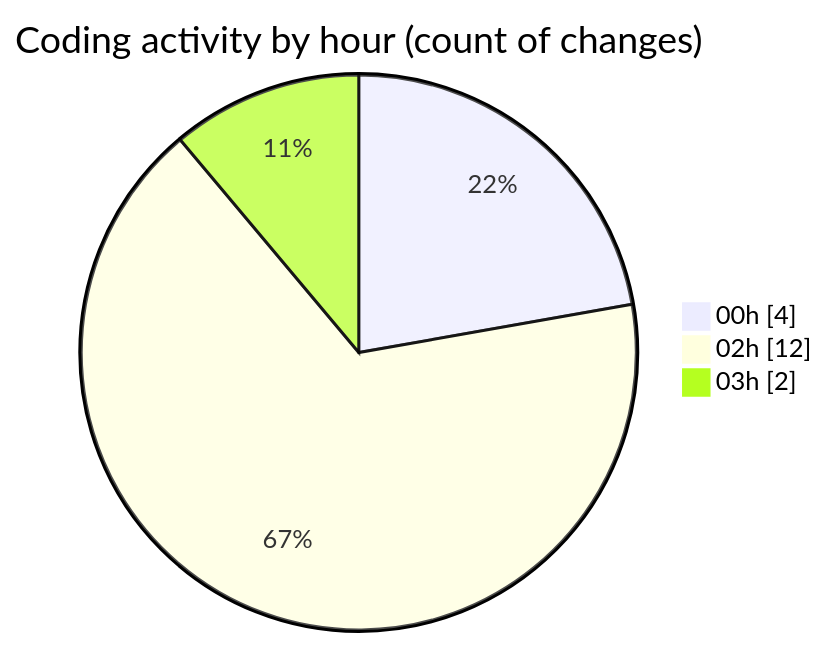
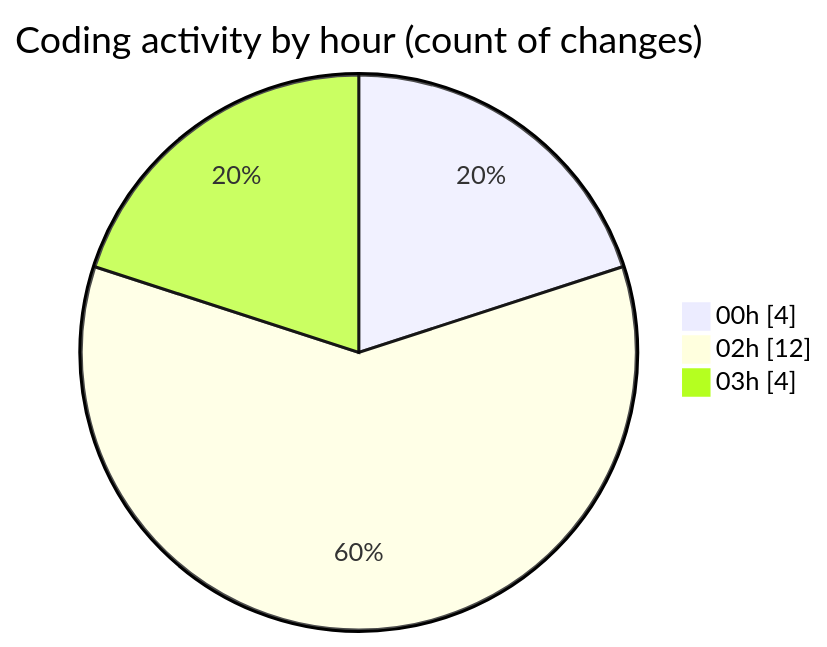
Before and after one commit to EIIisD/code-tracking: the second of 2 diagrams in 2025-07-24/_claude/README.md, drawn with Mermaid. The commit also changed other lines of this file and 1 other file, not shown here.

````diff
--- a/2025-07-24/_claude/README.md
+++ b/2025-07-24/_claude/README.md
@@ -30,7 +32,7 @@
 ```mermaid
 pie showData
 title Coding activity by hour (count of changes)
 "00h" : 4
 "02h" : 12
-"03h" : 2
+"03h" : 4
 ```
````
